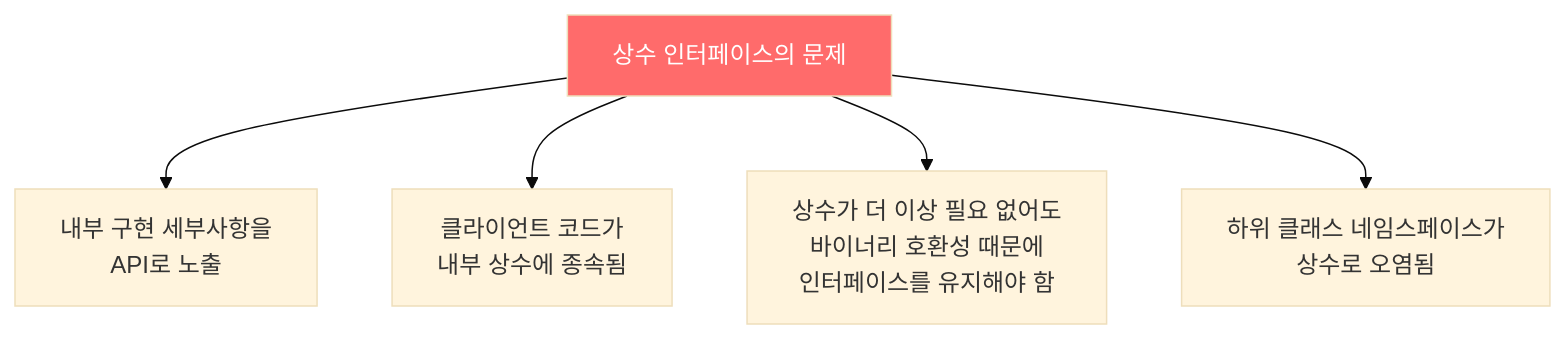
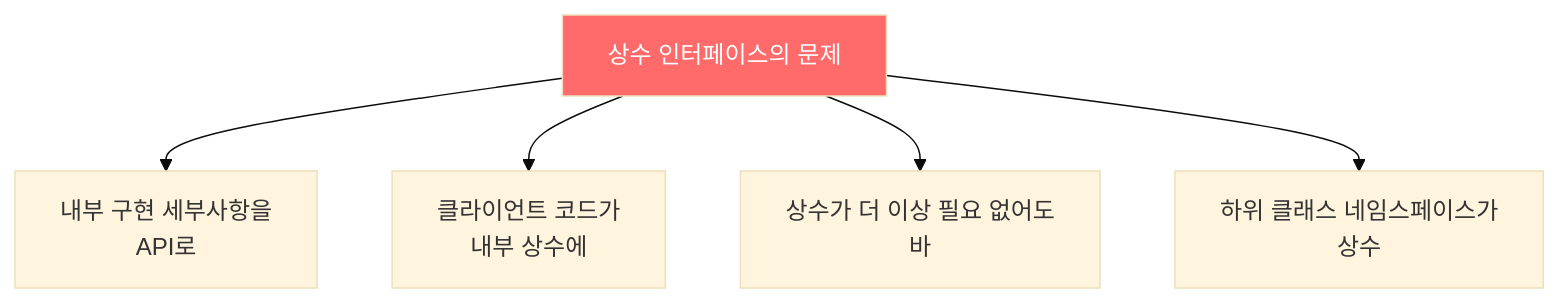
The first of 3 diagrams in _posts/java/2022-01-04-effective-java22.md (yjkim2015/yjkim2015.github.io), drawn with Mermaid (base theme) before and after one commit. The commit also changed other lines of this file and 271 other files, not shown here.

First line of the commit message:
Mermaid 라벨 축소: 긴 노드 텍스트 18자 이하로 트림 + \n 제거

````diff
--- a/_posts/java/2022-01-04-effective-java22.md
+++ b/_posts/java/2022-01-04-effective-java22.md
@@ -49,8 +49,8 @@
 ```mermaid
 graph TD
-    A["상수 인터페이스의 문제"] --> B["내부 구현 세부사항을\nAPI로 노출"]
-    A --> C["클라이언트 코드가\n내부 상수에 종속됨"]
-    A --> D["상수가 더 이상 필요 없어도\n바이너리 호환성 때문에\n인터페이스를 유지해야 함"]
-    A --> E["하위 클래스 네임스페이스가\n상수로 오염됨"]
+    A["상수 인터페이스의 문제"] --> B["내부 구현 세부사항을\nAPI로"]
+    A --> C["클라이언트 코드가\n내부 상수에"]
+    A --> D["상수가 더 이상 필요 없어도\n바"]
+    A --> E["하위 클래스 네임스페이스가\n상수"]
     style A fill:#ff6b6b,color:#fff
 ```
````
